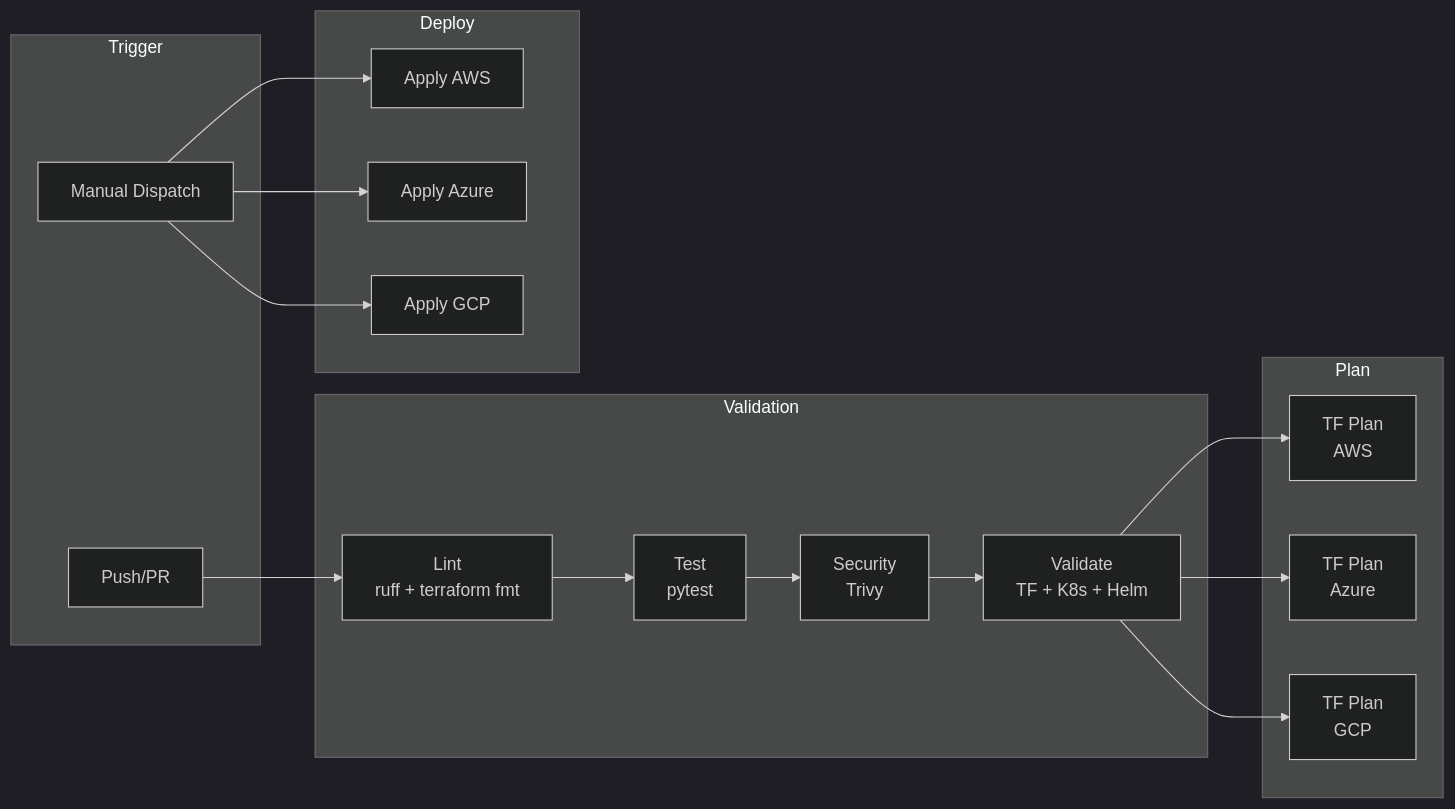
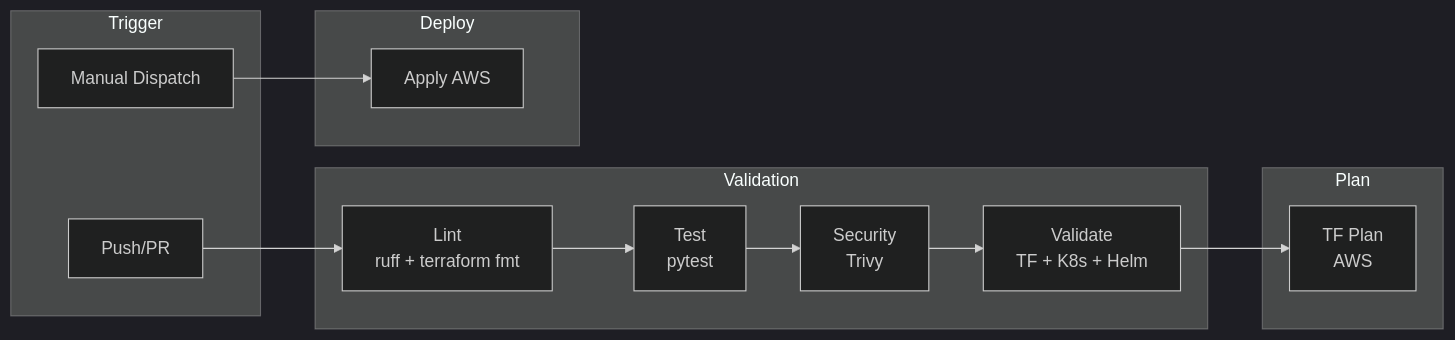
One commit to judeoyovbaire/mlops-platform changed the fourth of 4 diagrams in README.md. Above: the diagram before and after it, drawn with Mermaid (dark theme). The commit also changed other lines of this file and 155 other files, not shown here.

First line of the commit message:
refactor!: remove Azure and GCP (ADR-017, JDH-407)

````diff
--- a/README.md
+++ b/README.md
@@ -180,36 +167,30 @@
 ```mermaid
 flowchart LR
     subgraph Trigger["Trigger"]
         PUSH[Push/PR]
         MANUAL[Manual Dispatch]
     end
 
     subgraph Validation["Validation"]
         LINT[Lint<br/>ruff + terraform fmt]
         TEST[Test<br/>pytest]
         SEC[Security<br/>Trivy]
         VAL[Validate<br/>TF + K8s + Helm]
     end
 
     subgraph Plan["Plan"]
         PLAN_AWS[TF Plan<br/>AWS]
-        PLAN_AZ[TF Plan<br/>Azure]
-        PLAN_GCP[TF Plan<br/>GCP]
     end
 
     subgraph Deploy["Deploy"]
         DEP_AWS[Apply AWS]
-        DEP_AZ[Apply Azure]
-        DEP_GCP[Apply GCP]
     end
 
     PUSH --> LINT
     LINT --> TEST
     TEST --> SEC
     SEC --> VAL
-    VAL --> PLAN_AWS & PLAN_AZ & PLAN_GCP
+    VAL --> PLAN_AWS
 
     MANUAL --> DEP_AWS
-    MANUAL --> DEP_AZ
-    MANUAL --> DEP_GCP
 ```
````
